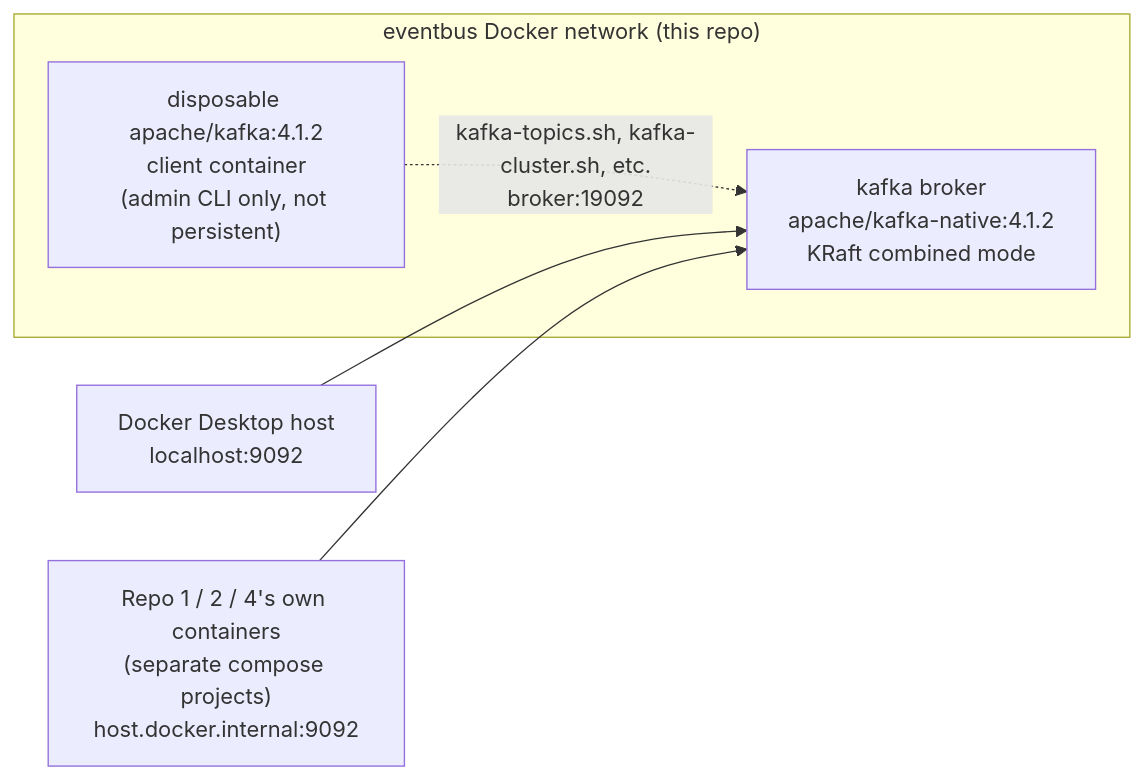
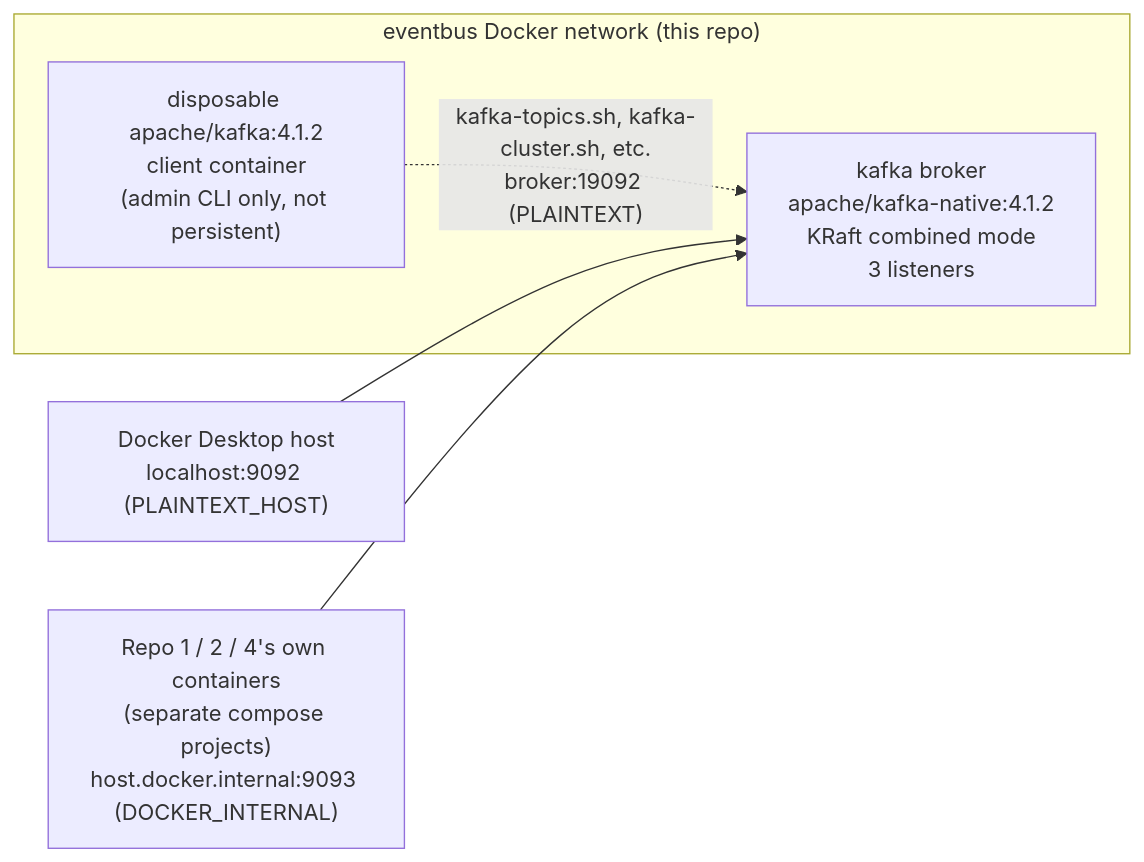
Before and after one commit to jayakumar-devaraj/agentic-sdlc-eventbus: the diagram in README.md, drawn with Mermaid. The commit also changed other lines of this file and 1 other file, not shown here.

````diff
--- a/README.md
+++ b/README.md
@@ -21,10 +21,10 @@
 ```mermaid
 flowchart LR
     subgraph eventbus_net["eventbus Docker network (this repo)"]
-        broker["kafka broker<br/>apache/kafka-native:4.1.2<br/>KRaft combined mode"]
+        broker["kafka broker<br/>apache/kafka-native:4.1.2<br/>KRaft combined mode<br/>3 listeners"]
         client["disposable apache/kafka:4.1.2<br/>client container<br/>(admin CLI only, not persistent)"]
-        client -. "kafka-topics.sh, kafka-cluster.sh, etc.<br/>broker:19092" .-> broker
+        client -. "kafka-topics.sh, kafka-cluster.sh, etc.<br/>broker:19092 (PLAINTEXT)" .-> broker
     end
-    host["Docker Desktop host<br/>localhost:9092"] --> broker
-    other["Repo 1 / 2 / 4's own containers<br/>(separate compose projects)<br/>host.docker.internal:9092"] --> broker
+    host["Docker Desktop host<br/>localhost:9092 (PLAINTEXT_HOST)"] --> broker
+    other["Repo 1 / 2 / 4's own containers<br/>(separate compose projects)<br/>host.docker.internal:9093 (DOCKER_INTERNAL)"] --> broker
 ```
````
